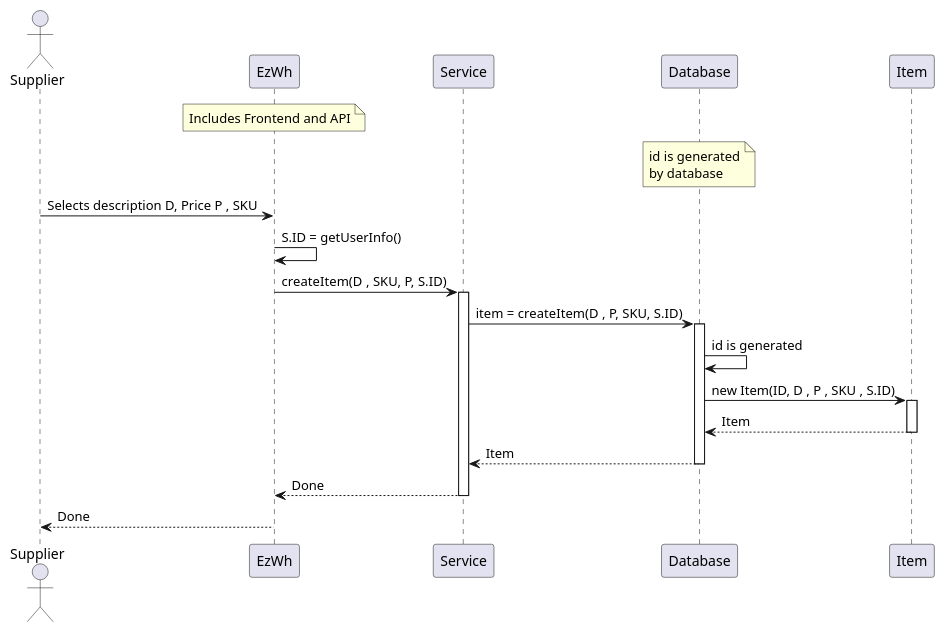
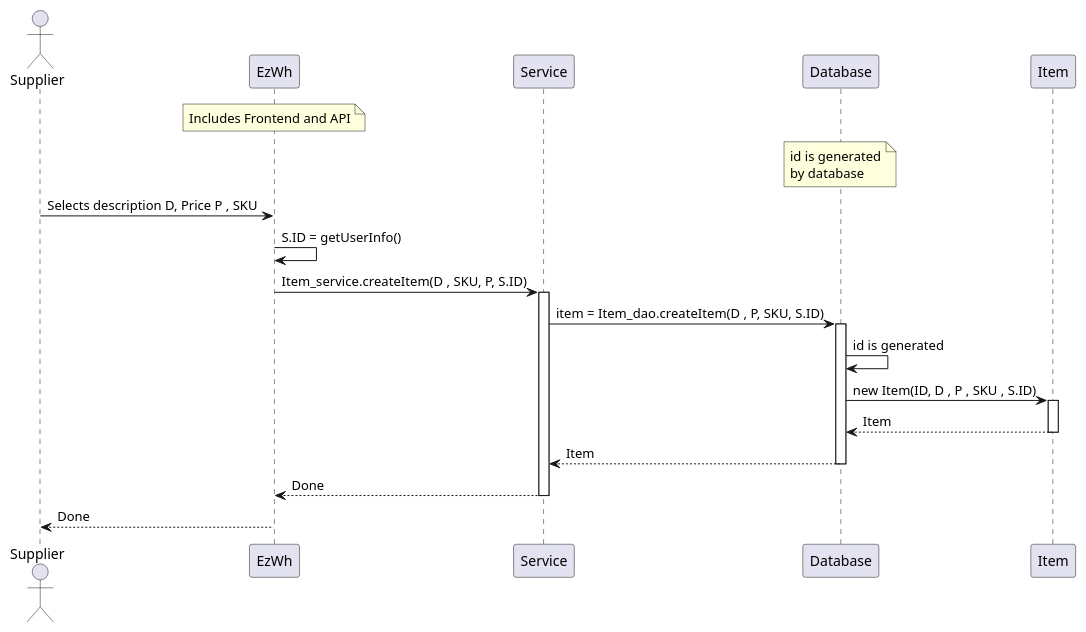
One commit to giuseppe-dandrea/EzWh changed the tenth of 12 diagrams in DesignDocument.md. Above: the diagram before and after it, drawn with PlantUML. The commit also changed other lines of this file, not shown here.

````diff
--- a/DesignDocument.md
+++ b/DesignDocument.md
@@ -818,30 +818,30 @@
 ```plantuml
 actor Supplier
 participant EzWh
 note over EzWh: Includes Frontend and API
 note over Database: id is generated\nby database
 participant Service
 participant Database
 participant Item
 
 Supplier -> EzWh: Selects description D, Price P , SKU
 
 EzWh ->EzWh : S.ID = getUserInfo()
 
-EzWh -> Service:createItem(D , SKU, P, S.ID)
+EzWh -> Service: Item_service.createItem(D , SKU, P, S.ID)
 
 activate Service
-Service -> Database: item = createItem(D , P, SKU, S.ID)
+Service -> Database: item = Item_dao.createItem(D , P, SKU, S.ID)
 activate Database
 Database -> Database : id is generated
 Database -> Item : new Item(ID, D , P , SKU , S.ID)
 
 activate Item
 Item --> Database: Item
 deactivate Item
 Database --> Service : Item
 deactivate Database
 Service --> EzWh : Done
 deactivate Service
 EzWh-->Supplier : Done
 ```
````
